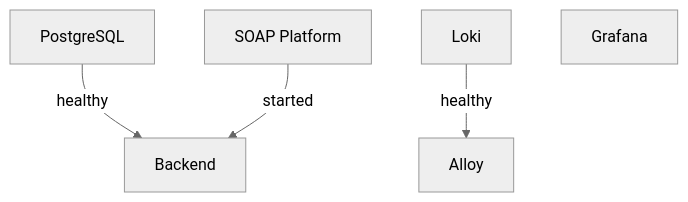
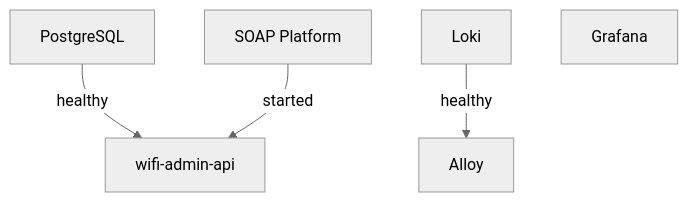
Before and after one commit to meowpow-png/wifi-admin: the second of 2 diagrams in backend/docs/DEPLOYMENT.md, drawn with Mermaid (neutral theme). The commit also changed other lines of this file and 10 other files, not shown here.

````diff
--- a/backend/docs/DEPLOYMENT.md
+++ b/backend/docs/DEPLOYMENT.md
@@ -117,18 +117,18 @@
 ```mermaid
 flowchart TD
     POSTGRES["PostgreSQL"]
 
     PLATFORM["SOAP Platform"]
 
-    BACKEND["Backend"]
+    WIFI_ADMIN_API["wifi-admin-api"]
 
     LOKI["Loki"]
 
     ALLOY["Alloy"]
 
     GRAFANA["Grafana"]
 
-    POSTGRES -->|healthy| BACKEND
-    PLATFORM -->|started| BACKEND
+    POSTGRES -->|healthy| WIFI_ADMIN_API
+    PLATFORM -->|started| WIFI_ADMIN_API
     LOKI -->|healthy| ALLOY
 ```
````
